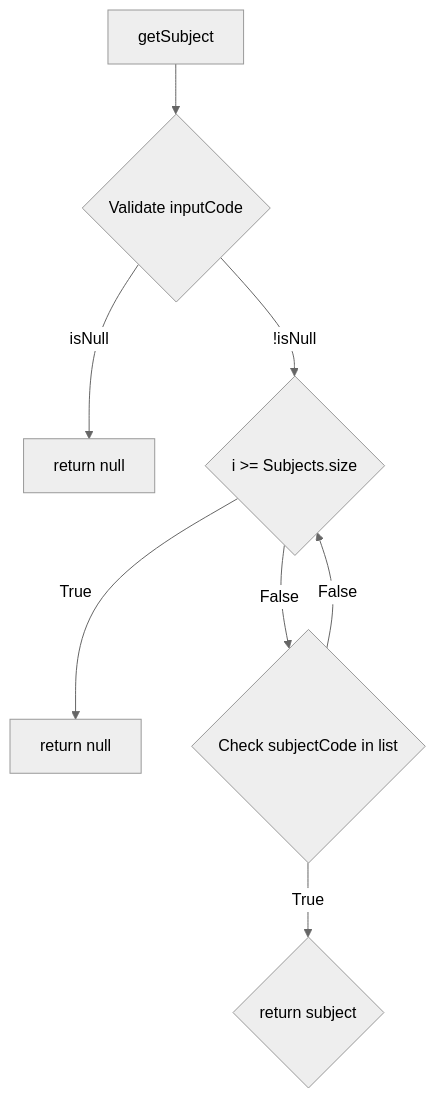
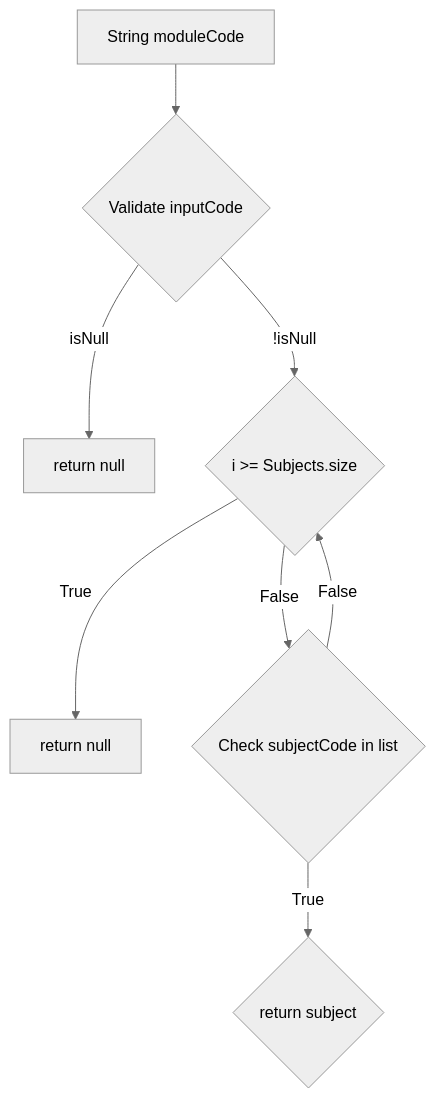
One commit to RockFreakRickerd/SameCodeDifferentLanguagues changed the fourth of 5 diagrams in SchoolSystem/README.md. Above: the diagram before and after it, drawn with Mermaid (neutral theme). The commit also changed other lines of this file, not shown here.

````diff
--- a/SchoolSystem/README.md
+++ b/SchoolSystem/README.md
@@ -46,10 +46,10 @@
 ```mermaid
 flowchart TD
-  A[getSubject] --> B{Validate inputCode};
+  A[String moduleCode] --> B{Validate inputCode};
   B -- isNull --> C[return null];
   B -- !isNull --> D{i >= Subjects.size};
   D -- True --> E[return null];
   D -- False --> F{Check subjectCode in list}
   F -- False --> D{i >= Subjects.size}
   F -- True --> G{return subject};
 ```
````
